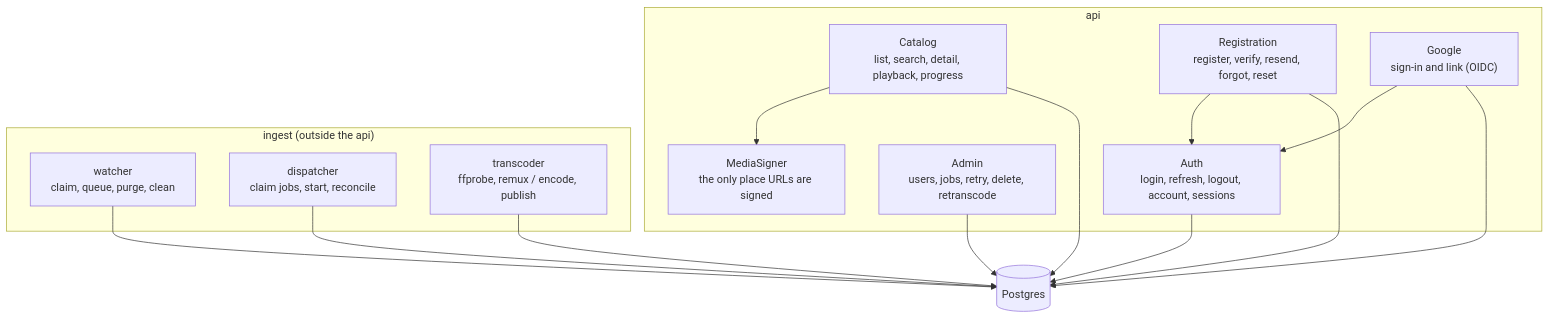
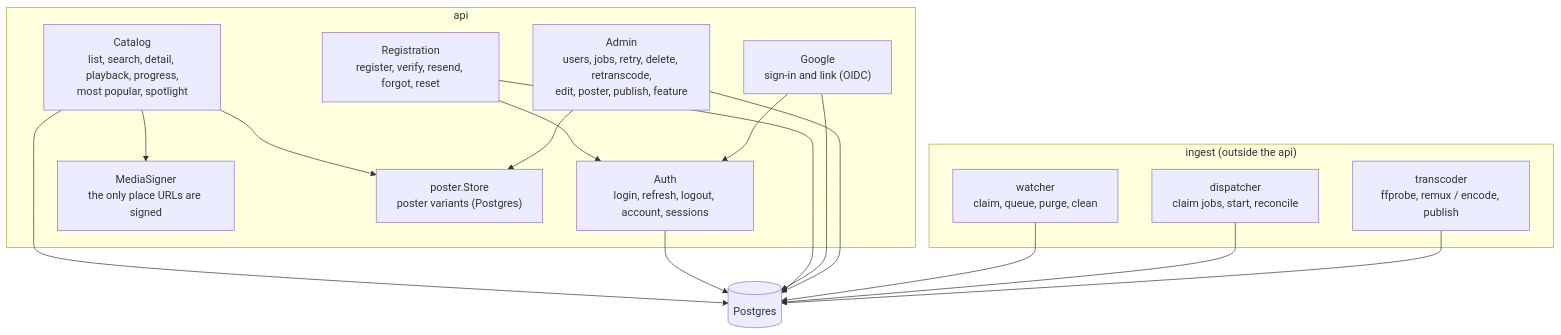
The second of 4 diagrams in docs/architecture/logical.md (vtnHAN-SOLO/hls-vod), drawn with Mermaid before and after one commit. The commit also changed other lines of this file and 194 other files, not shown here.

````diff
--- a/docs/architecture/logical.md
+++ b/docs/architecture/logical.md
@@ -137,22 +176,24 @@
 ```mermaid
 flowchart TB
     subgraph api["api"]
-        catalog["Catalog<br/>list, search, detail, playback, progress"]
+        catalog["Catalog<br/>list, search, detail, playback, progress,<br/>most popular, spotlight"]
         authsvc["Auth<br/>login, refresh, logout, account, sessions"]
         reg["Registration<br/>register, verify, resend, forgot, reset"]
         google["Google<br/>sign-in and link (OIDC)"]
-        admin["Admin<br/>users, jobs, retry, delete, retranscode"]
+        admin["Admin<br/>users, jobs, retry, delete, retranscode,<br/>edit, poster, publish, feature"]
         signer["MediaSigner<br/>the only place URLs are signed"]
+        posters["poster.Store<br/>poster variants (Postgres)"]
     end
     subgraph ingest["ingest (outside the api)"]
         watcher["watcher<br/>claim, queue, purge, clean"]
         dispatcher["dispatcher<br/>claim jobs, start, reconcile"]
         transcoder["transcoder<br/>ffprobe, remux / encode, publish"]
     end
     catalog --> signer
+    catalog & admin --> posters
     reg --> authsvc
     google --> authsvc
     pg[("Postgres")]
     catalog & authsvc & reg & google & admin --> pg
     watcher & dispatcher & transcoder --> pg
 ```
````
